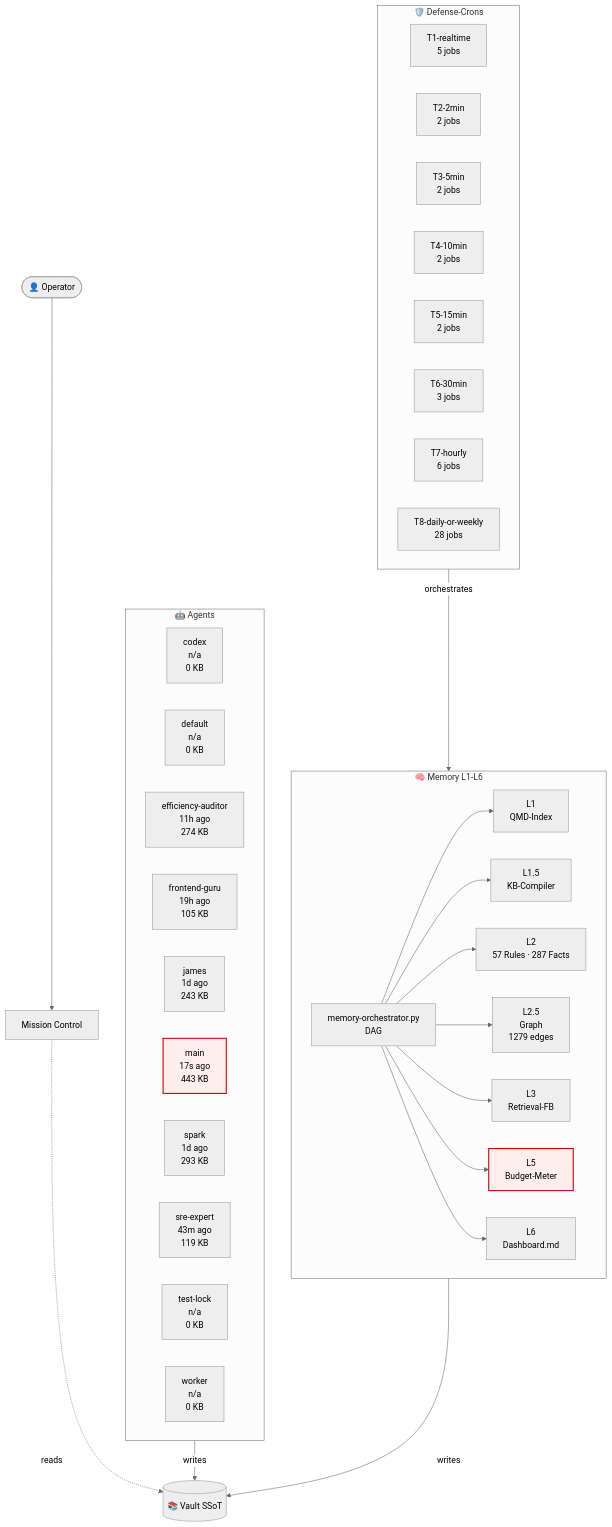
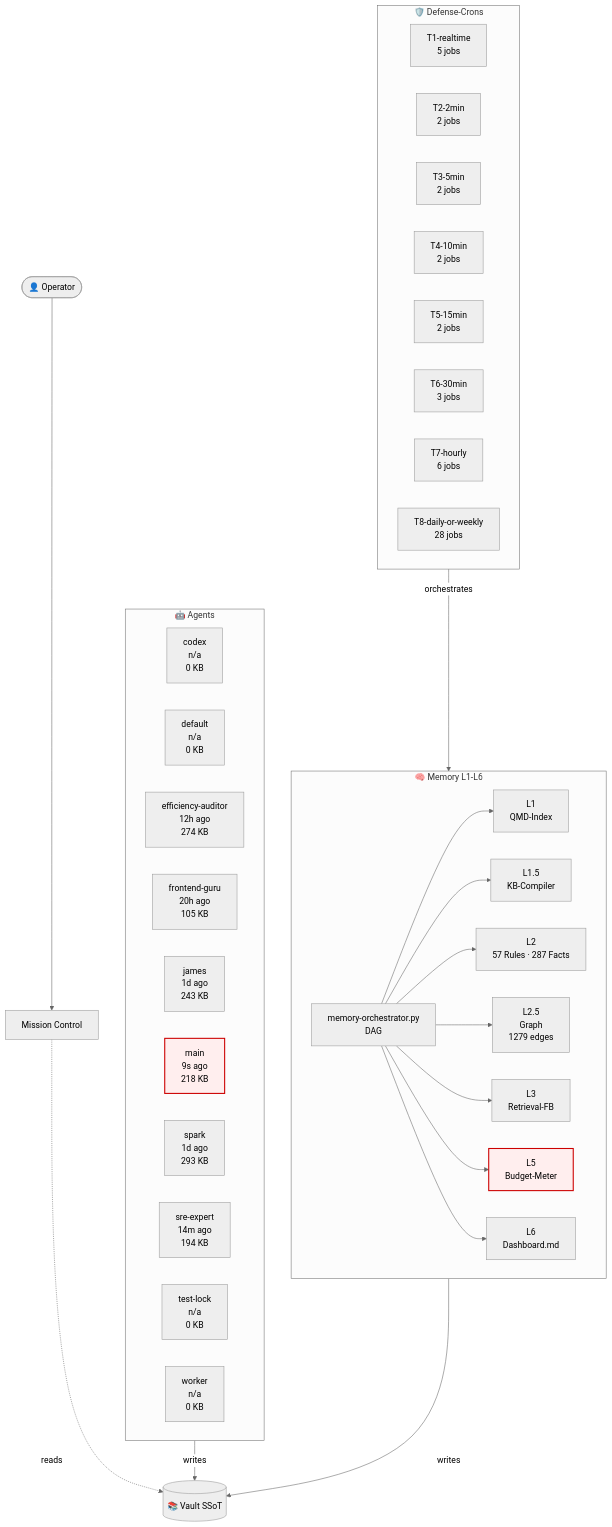
The diagram in 03-Agents/architecture-live.md (lenardhuebner88-rgb/openclaw-memory), drawn with Mermaid (neutral theme) before and after one commit. The commit also changed other lines of this file and 13 other files, not shown here.

````diff
--- a/03-Agents/architecture-live.md
+++ b/03-Agents/architecture-live.md
@@ -18,53 +18,53 @@
 ```mermaid
 flowchart TB
     classDef critical fill:#fee,stroke:#c00,stroke-width:2px;
     subgraph AGT["🤖 Agents"]
         agent_codex["codex<br/>n/a<br/>0 KB"]
         agent_default["default<br/>n/a<br/>0 KB"]
-        agent_efficiency_auditor["efficiency-auditor<br/>11h ago<br/>274 KB"]
-        agent_frontend_guru["frontend-guru<br/>19h ago<br/>105 KB"]
+        agent_efficiency_auditor["efficiency-auditor<br/>12h ago<br/>274 KB"]
+        agent_frontend_guru["frontend-guru<br/>20h ago<br/>105 KB"]
         agent_james["james<br/>1d ago<br/>243 KB"]
-        agent_main["main<br/>17s ago<br/>443 KB"]
+        agent_main["main<br/>9s ago<br/>218 KB"]
         agent_spark["spark<br/>1d ago<br/>293 KB"]
-        agent_sre_expert["sre-expert<br/>43m ago<br/>119 KB"]
+        agent_sre_expert["sre-expert<br/>14m ago<br/>194 KB"]
         agent_test_lock["test-lock<br/>n/a<br/>0 KB"]
         agent_worker["worker<br/>n/a<br/>0 KB"]
     end
     subgraph MEM["🧠 Memory L1-L6"]
         L1["L1<br/>QMD-Index"]
         L15["L1.5<br/>KB-Compiler"]
         L2["L2<br/>57 Rules · 287 Facts"]
         L25["L2.5<br/>Graph<br/>1279 edges"]
         L3["L3<br/>Retrieval-FB"]
         L5["L5<br/>Budget-Meter"]
         L6["L6<br/>Dashboard.md"]
         ORCH["memory-orchestrator.py<br/>DAG"]
     end
     subgraph CRN["🛡️ Defense-Crons"]
         tier_T1_realtime["T1-realtime<br/>5 jobs"]
         tier_T2_2min["T2-2min<br/>2 jobs"]
         tier_T3_5min["T3-5min<br/>2 jobs"]
         tier_T4_10min["T4-10min<br/>2 jobs"]
         tier_T5_15min["T5-15min<br/>2 jobs"]
         tier_T6_30min["T6-30min<br/>3 jobs"]
         tier_T7_hourly["T7-hourly<br/>6 jobs"]
         tier_T8_daily_or_weekly["T8-daily-or-weekly<br/>28 jobs"]
     end
     VAULT[("📚 Vault SSoT")]
     OP([👤 Operator])
     MC["Mission Control"]
     OP --> MC
     MC -.reads.-> VAULT
     AGT -->|writes| VAULT
     MEM -->|writes| VAULT
     ORCH --> L1
     ORCH --> L15
     ORCH --> L2
     ORCH --> L25
     ORCH --> L3
     ORCH --> L5
     ORCH --> L6
     CRN -->|orchestrates| MEM
     class L5 critical
     class agent_main critical
 ```
````
